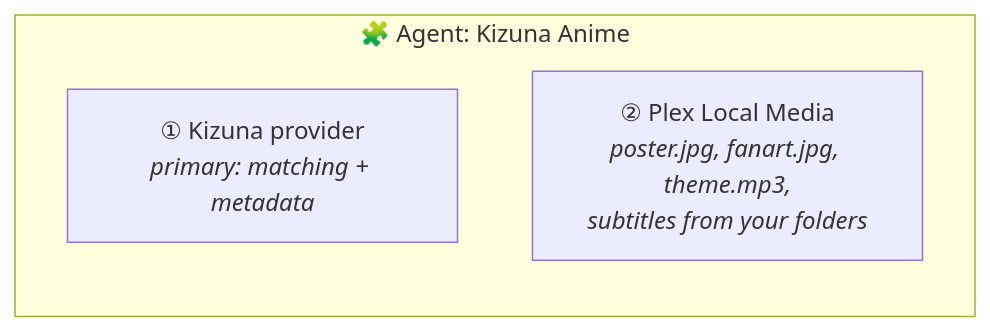
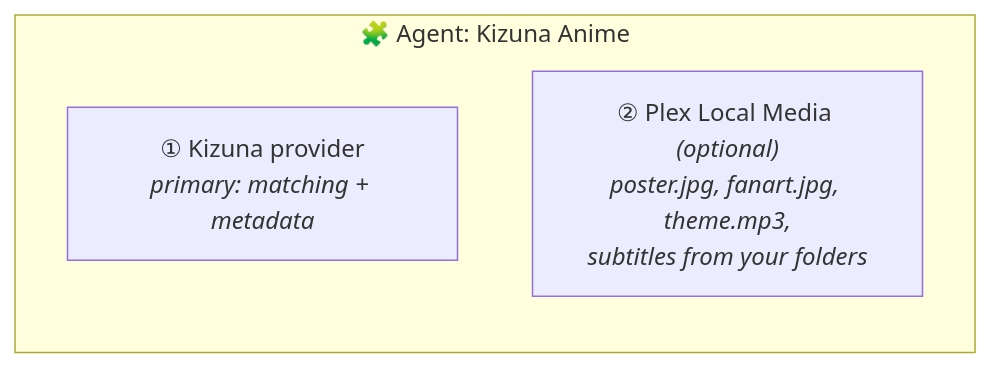
Before and after one commit to KurtzPT/kizuna: the second of 2 diagrams in SETUP.md, drawn with Mermaid. The commit also changed other lines of this file and 2 other files, not shown here.

Commit message:
Docs: Plex Local Media marked optional, openings as extras noted, the README's sections in reading order

````diff
--- a/SETUP.md
+++ b/SETUP.md
@@ -161,8 +162,8 @@
 ```mermaid
 flowchart LR
     subgraph agent["🧩 Agent: Kizuna Anime"]
         direction TB
         A["① Kizuna provider<br/><i>primary: matching + metadata</i>"]
-        B["② Plex Local Media<br/><i>poster.jpg, fanart.jpg, theme.mp3,<br/>subtitles from your folders</i>"]
+        B["② Plex Local Media <i>(optional)</i><br/><i>poster.jpg, fanart.jpg, theme.mp3,<br/>subtitles from your folders</i>"]
     end
 ```
````
